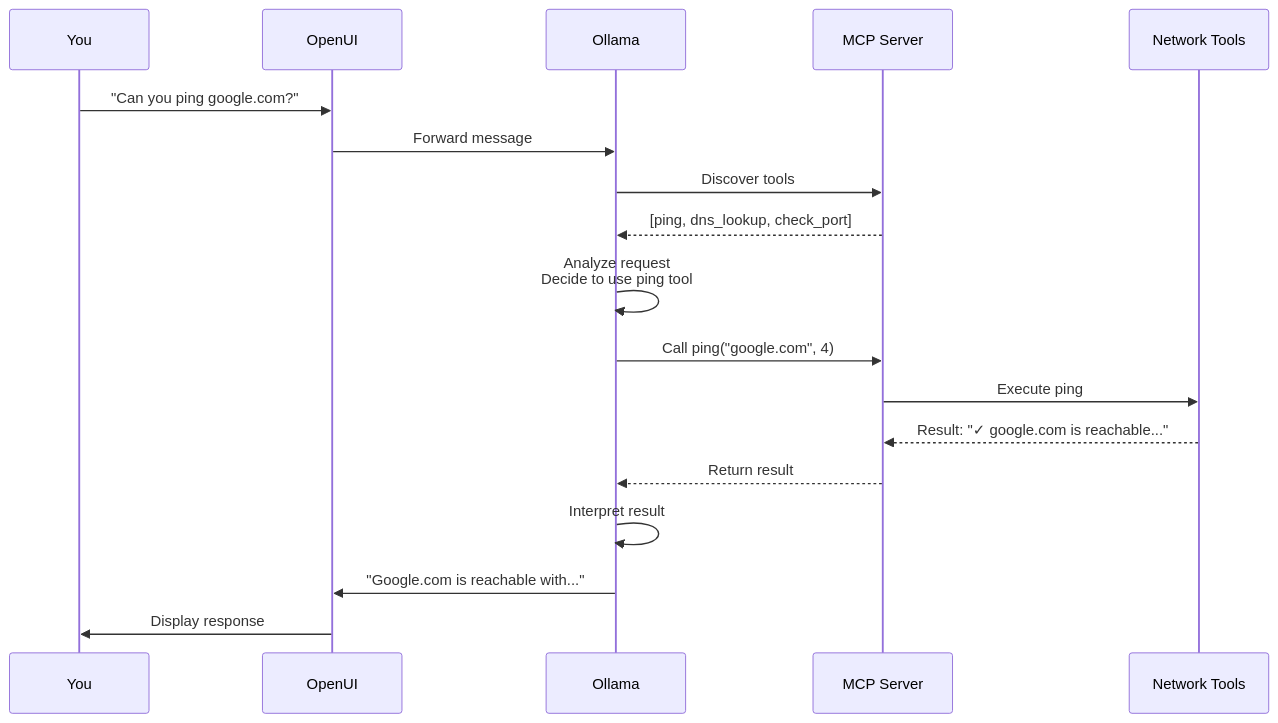
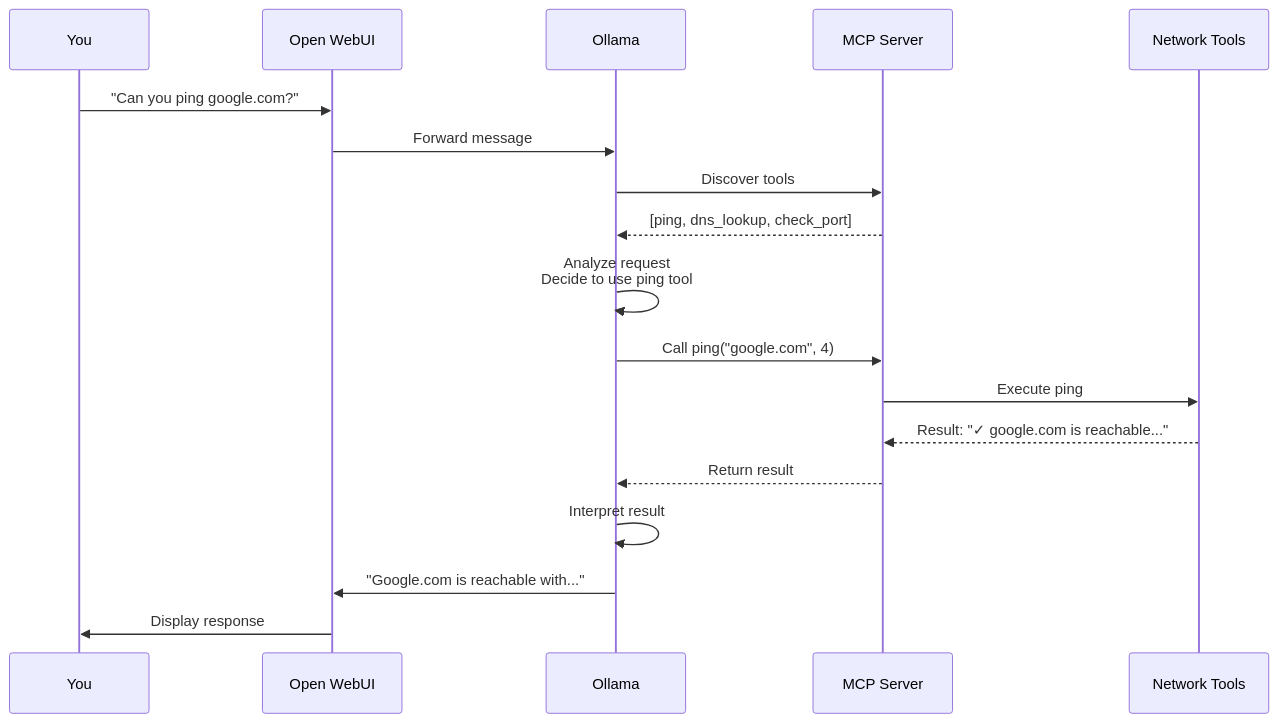
One commit to seanerama/learning-labs changed the fifth of 5 diagrams in mcp/README.md. Above: the diagram before and after it, drawn with Mermaid. The commit also changed other lines of this file, not shown here.

First line of the commit message:
Update Open WebUI configuration with working setup

````diff
--- a/mcp/README.md
+++ b/mcp/README.md
@@ -769,21 +777,21 @@
 ```mermaid
 sequenceDiagram
     participant You
-    participant OpenUI
+    participant WebUI as Open WebUI
     participant Ollama
     participant MCP as MCP Server
     participant Tools as Network Tools
 
-    You->>OpenUI: "Can you ping google.com?"
-    OpenUI->>Ollama: Forward message
+    You->>WebUI: "Can you ping google.com?"
+    WebUI->>Ollama: Forward message
     Ollama->>MCP: Discover tools
     MCP-->>Ollama: [ping, dns_lookup, check_port]
     Ollama->>Ollama: Analyze request<br/>Decide to use ping tool
     Ollama->>MCP: Call ping("google.com", 4)
     MCP->>Tools: Execute ping
     Tools-->>MCP: Result: "✓ google.com is reachable..."
     MCP-->>Ollama: Return result
     Ollama->>Ollama: Interpret result
-    Ollama->>OpenUI: "Google.com is reachable with..."
-    OpenUI->>You: Display response
+    Ollama->>WebUI: "Google.com is reachable with..."
+    WebUI->>You: Display response
 ```
````
